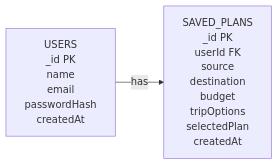
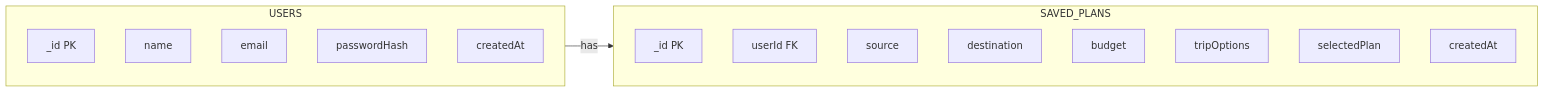
Before and after one commit to samar-abbas-786/Thoughtify: the diagram in README.md, drawn with Mermaid.

````diff
--- a/README.md
+++ b/README.md
@@ -1,18 +1,25 @@
 ```mermaid
 flowchart LR
-    USERS["USERS
-    _id PK
-    name
-    email
-    passwordHash
-    createdAt"] -->|has| SAVED_PLANS["SAVED_PLANS
-    _id PK
-    userId FK
-    source
-    destination
-    budget
-    tripOptions
-    selectedPlan
-    createdAt"]
+    subgraph USERS_Table [USERS]
+        _id["_id PK"]
+        name["name"]
+        email["email"]
+        passwordHash["passwordHash"]
+        createdAt["createdAt"]
+    end
+
+    subgraph SAVED_PLANS_Table [SAVED_PLANS]
+        sp_id["_id PK"]
+        userId["userId FK"]
+        source["source"]
+        destination["destination"]
+        budget["budget"]
+        tripOptions["tripOptions"]
+        selectedPlan["selectedPlan"]
+        sp_createdAt["createdAt"]
+    end
+
+    USERS_Table -->|has| SAVED_PLANS_Table
+
 
 ```
````
